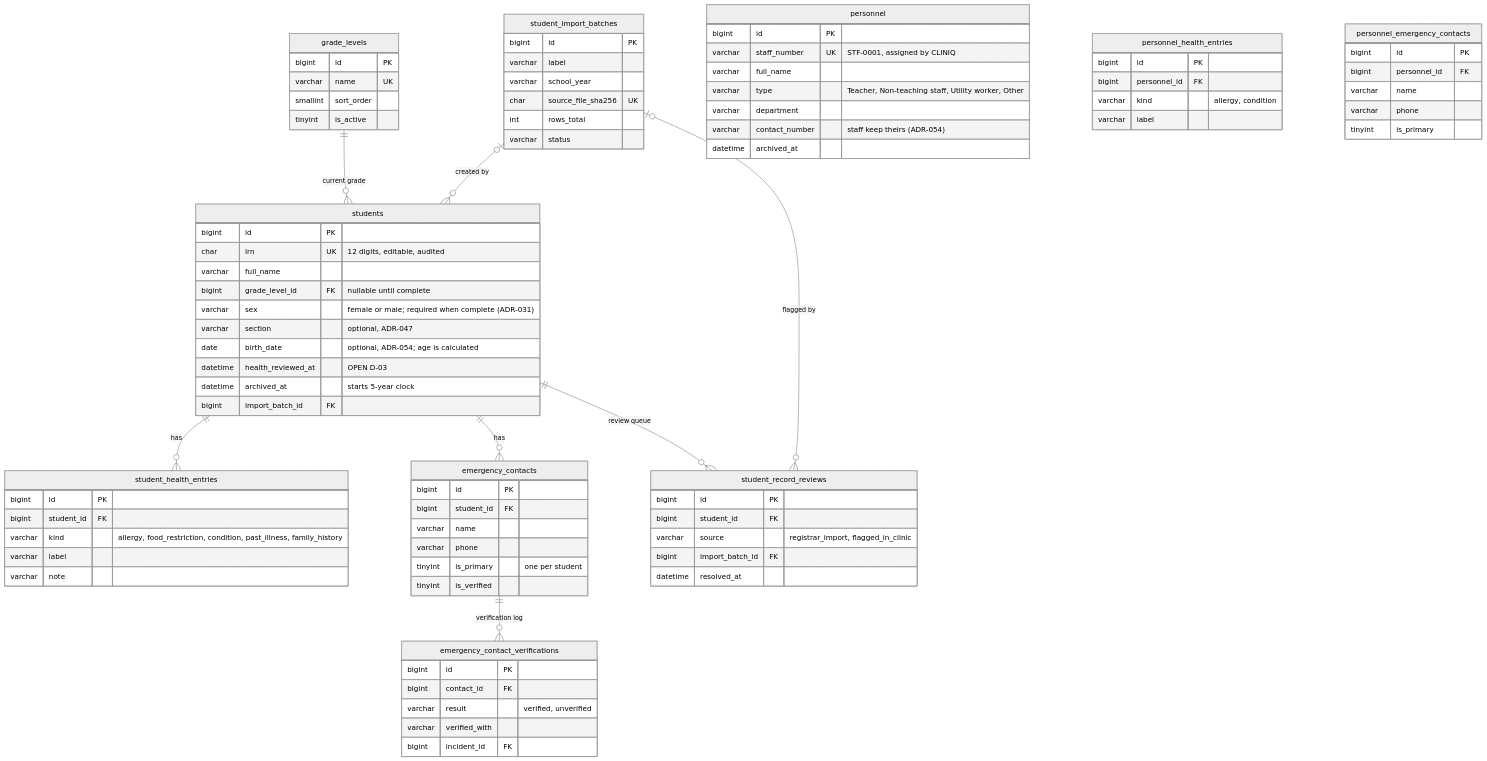
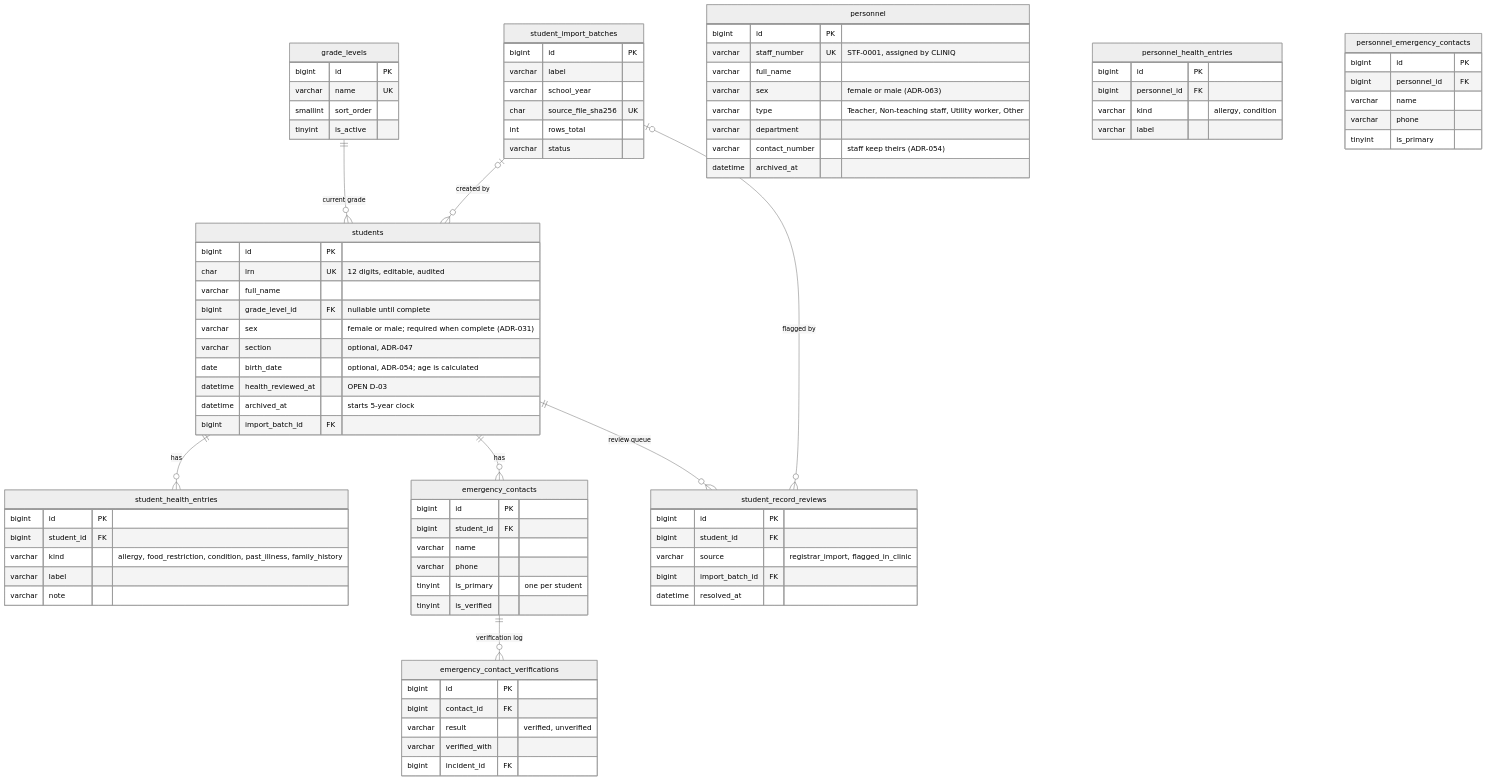
The second of 6 diagrams in CLINIQ-Knowledge-Base/02-Architecture/Database/ERD.md (zekuuu/cliniq), drawn with Mermaid (neutral theme) before and after one commit. The commit also changed other lines of this file and 6 other files, not shown here.

```diff
--- a/CLINIQ-Knowledge-Base/02-Architecture/Database/ERD.md
+++ b/CLINIQ-Knowledge-Base/02-Architecture/Database/ERD.md
@@ -192,6 +194,7 @@
         bigint id PK
         varchar staff_number UK "STF-0001, assigned by CLINIQ"
         varchar full_name
+        varchar sex "female or male (ADR-063)"
         varchar type "Teacher, Non-teaching staff, Utility worker, Other"
         varchar department
         varchar contact_number "staff keep theirs (ADR-054)"
```
